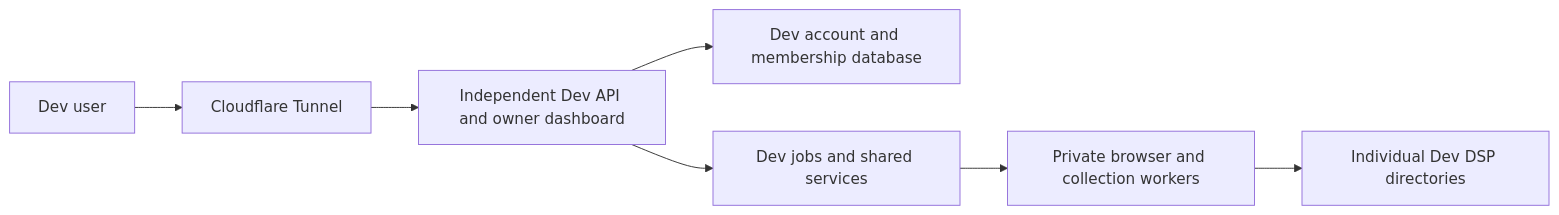
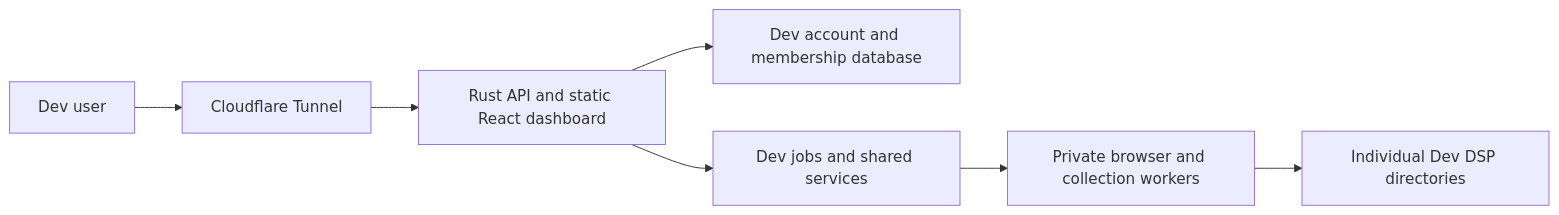
Before and after one commit to dillonlille/dispatch-platform: the diagram in docs/ARCHITECTURE.md, drawn with Mermaid. The commit also changed other lines of this file and 100 other files, not shown here.

Commit message:
Replace the Node platform core with Rust and support a fresh Dev cutover

````diff
--- a/docs/ARCHITECTURE.md
+++ b/docs/ARCHITECTURE.md
@@ -5,9 +5,9 @@
 ```mermaid
 flowchart LR
     U[Dev user] --> C[Cloudflare Tunnel]
-    C --> A[Independent Dev API and owner dashboard]
+    C --> A[Rust API and static React dashboard]
     A --> P[Dev account and membership database]
     A --> Q[Dev jobs and shared services]
     Q --> B[Private browser and collection workers]
     B --> S[Individual Dev DSP directories]
 ```
````
